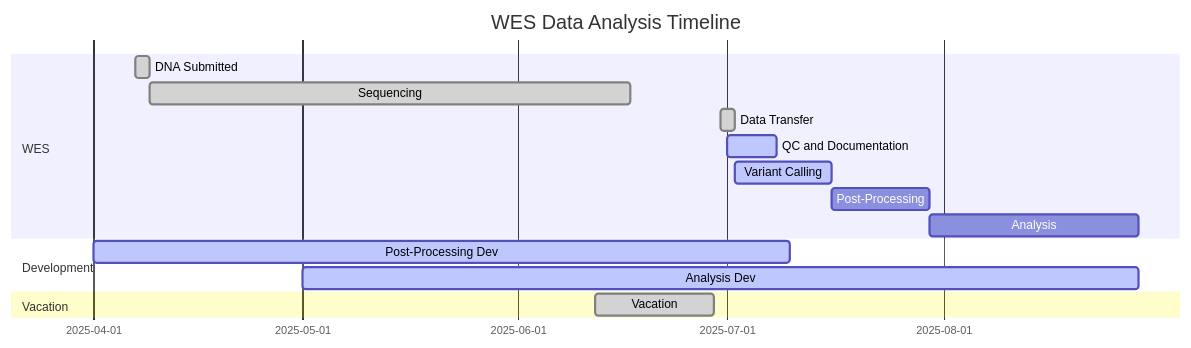
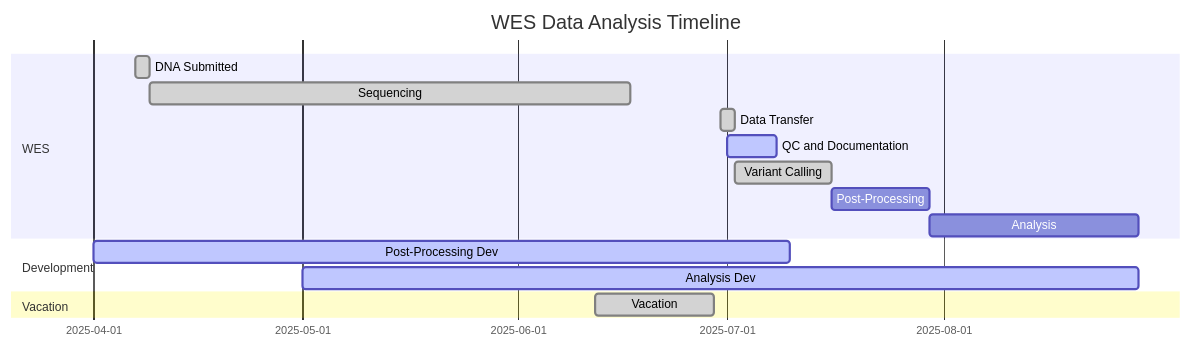
Before and after one commit to delpropo/WES_Analysis_11340_9740: the first of 2 diagrams in README.md, drawn with Mermaid. The commit also changed 28 other files, not shown here.

````diff
--- a/README.md
+++ b/README.md
@@ -19,18 +19,18 @@
 ```mermaid
 gantt
     title WES Data Analysis Timeline
     dateFormat YYYY-MM-DD
     section WES
         DNA Submitted          :done,   wes1, 2025-04-07, 2d
         Sequencing             :done,   wes2, after wes1, 2025-06-17
         Data Transfer          :done,   wes_transfer, 2025-06-30, 2d
         QC and Documentation   :active, wes3, 2025-07-01, 7d
-        Variant Calling        :active, analysis1, after wes_transfer, 14d
+        Variant Calling        :done,   analysis1, after wes_transfer, 14d
         Post-Processing        :        analysis2, after analysis1, 14d
         Analysis               :        analysis3, after analysis2, 30d
     section Development
         Post-Processing Dev    :active, dev1, 2025-04-01, 100d
         Analysis Dev           :active, dev2, 2025-05-01, 120d
     section Vacation
         Vacation               :done,   vac1, 2025-06-12, 17d
 ```
````
